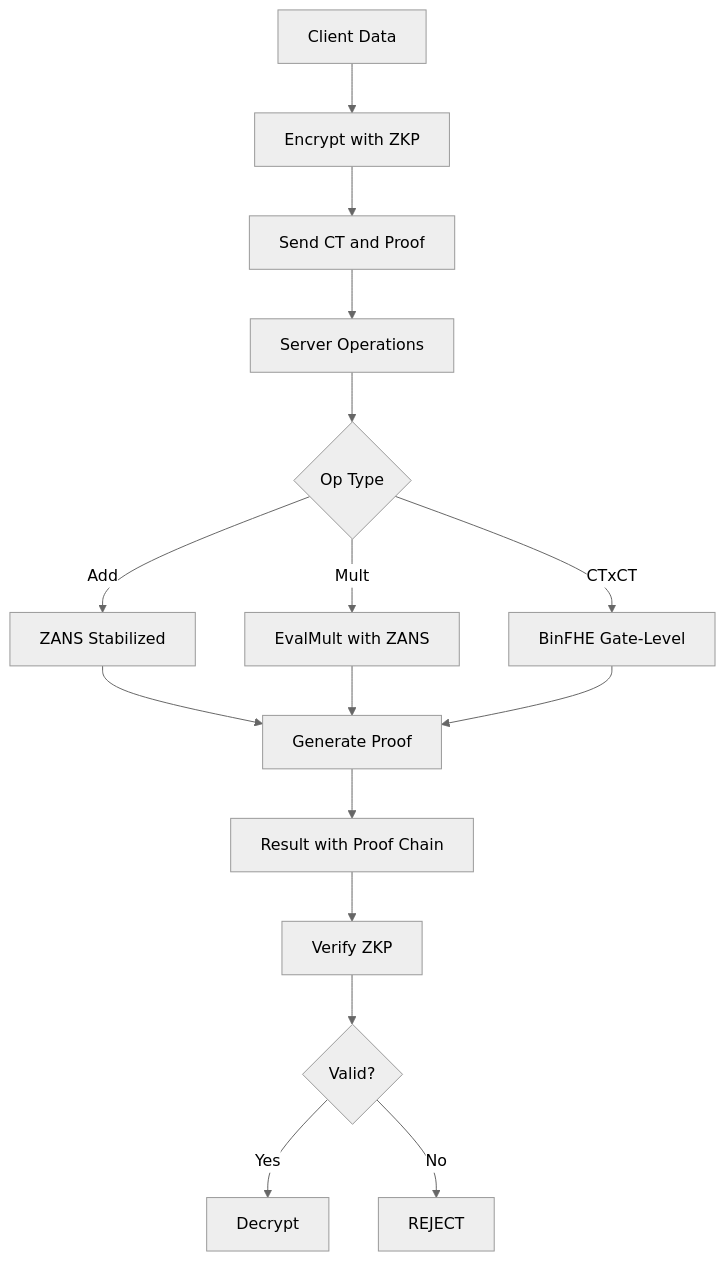
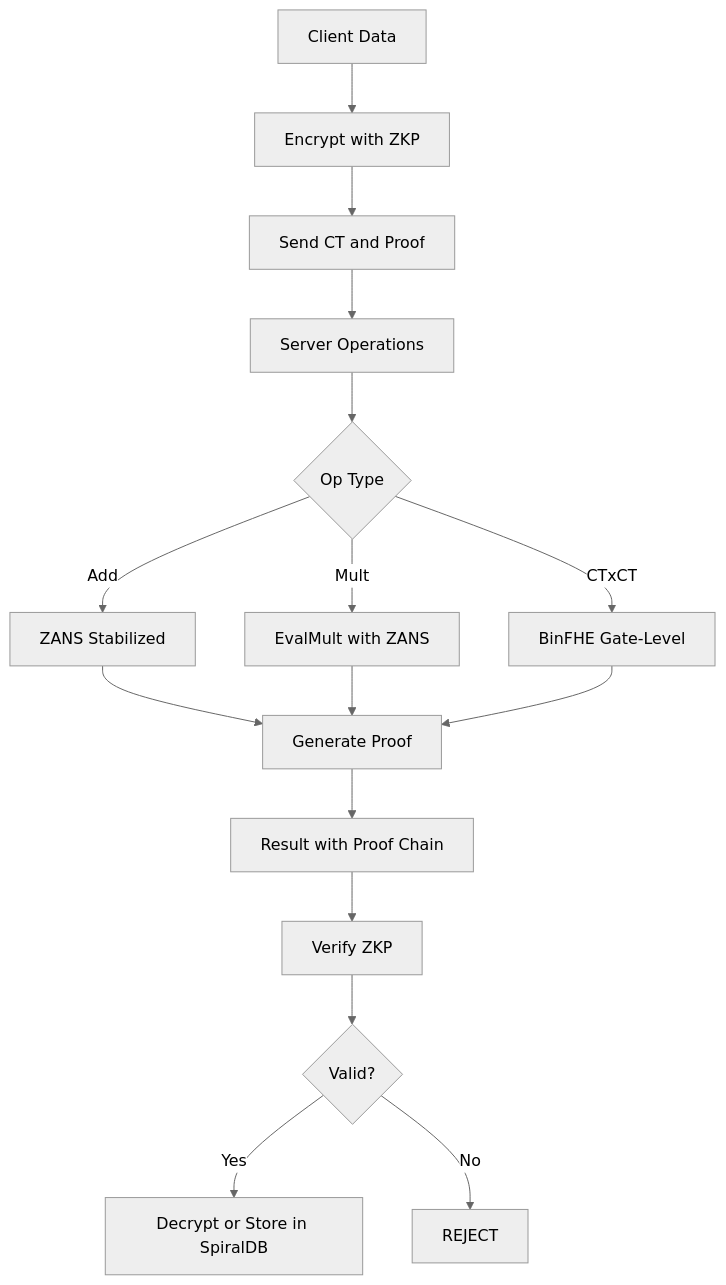
One commit to primordialomegazero/femmgFHE changed the first of 4 diagrams in README.md. Above: the diagram before and after it, drawn with Mermaid (neutral theme). The commit also changed other lines of this file, not shown here.

Commit message:
Φ Update README v2.3.0: SpiralDB added, 6 systems, 16 tests, updated architecture

````diff
--- a/README.md
+++ b/README.md
@@ -103,18 +105,18 @@
 ```mermaid
 flowchart TB
     A[Client Data] --> B[Encrypt with ZKP]
     B --> C[Send CT and Proof]
     C --> D[Server Operations]
     D --> E{Op Type}
     E -->|Add| F[ZANS Stabilized]
     E -->|Mult| G[EvalMult with ZANS]
     E -->|CTxCT| H[BinFHE Gate-Level]
     F --> I[Generate Proof]
     G --> I
     H --> I
     I --> J[Result with Proof Chain]
     J --> K[Verify ZKP]
     K --> L{Valid?}
-    L -->|Yes| M[Decrypt]
+    L -->|Yes| M[Decrypt or Store in SpiralDB]
     L -->|No| N[REJECT]
 ```
````
